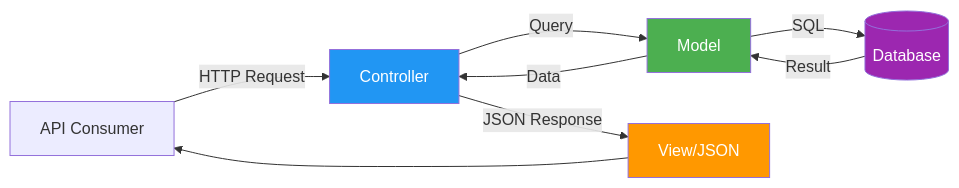
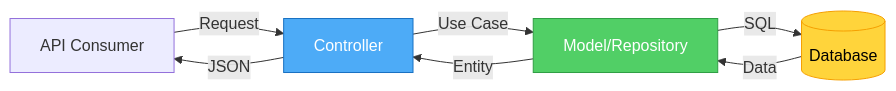
Before and after one commit to Asimpl3-Hero/RubyDoubleV: the fourth of 4 diagrams in docs/ARQUITECTURA.md, drawn with Mermaid. The commit also changed other lines of this file, not shown here.

First line of the commit message:
Update system architecture documentation

````diff
--- a/docs/ARQUITECTURA.md
+++ b/docs/ARQUITECTURA.md
@@ -148,15 +112,13 @@
 ```mermaid
 graph LR
-    Client[API Consumer] -->|HTTP Request| C[Controller]
-    C -->|Query| M[Model]
+    Client[API Consumer] -->|Request| C[Controller]
+    C -->|Use Case| M[Model/Repository]
     M -->|SQL| DB[(Database)]
-    DB -->|Result| M
-    M -->|Data| C
-    C -->|JSON Response| V[View/JSON]
-    V --> Client
+    DB -->|Data| M
+    M -->|Entity| C
+    C -->|JSON| Client
 
-    style C fill:#2196F3,color:#fff
-    style M fill:#4CAF50,color:#fff
-    style V fill:#FF9800,color:#fff
-    style DB fill:#9C27B0,color:#fff
+    style C fill:#4dabf7,stroke:#1971c2,color:#fff
+    style M fill:#51cf66,stroke:#2f9e44,color:#fff
+    style DB fill:#ffd43b,stroke:#f59f00,color:#000
 ```
````
